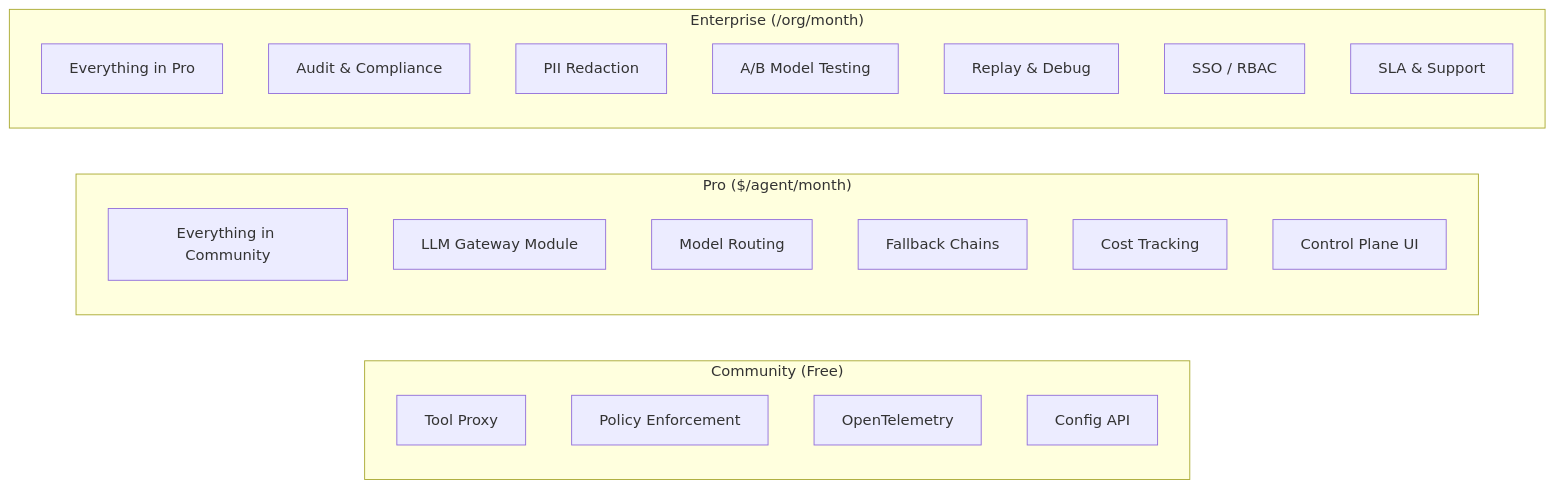
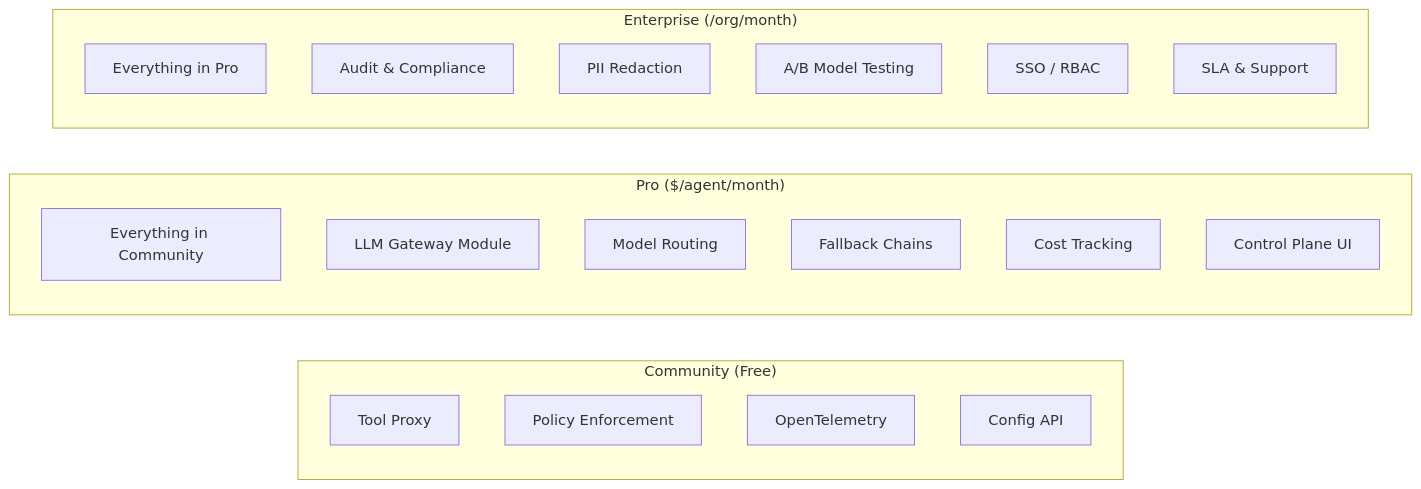
One commit to hk-775/ostiari changed diagram 15 of 41 in docs/gateway-architecture.md. Above: the diagram before and after it, drawn with Mermaid. The commit also changed other lines of this file and 21 other files, not shown here.

````diff
--- a/docs/gateway-architecture.md
+++ b/docs/gateway-architecture.md
@@ -1185,28 +1592,27 @@
 ```mermaid
 graph LR
     subgraph "Community (Free)"
         F1[Tool Proxy]
         F2[Policy Enforcement]
         F3[OpenTelemetry]
         F4[Config API]
     end
 
     subgraph "Pro ($/agent/month)"
         P1[Everything in Community]
         P2[LLM Gateway Module]
         P3[Model Routing]
         P4[Fallback Chains]
         P5[Cost Tracking]
         P6[Control Plane UI]
     end
 
     subgraph "Enterprise ($$$$/org/month)"
         E1[Everything in Pro]
         E2[Audit & Compliance]
         E3[PII Redaction]
         E4[A/B Model Testing]
-        E5[Replay & Debug]
-        E6[SSO / RBAC]
-        E7[SLA & Support]
+        E5[SSO / RBAC]
+        E6[SLA & Support]
     end
 ```
````
